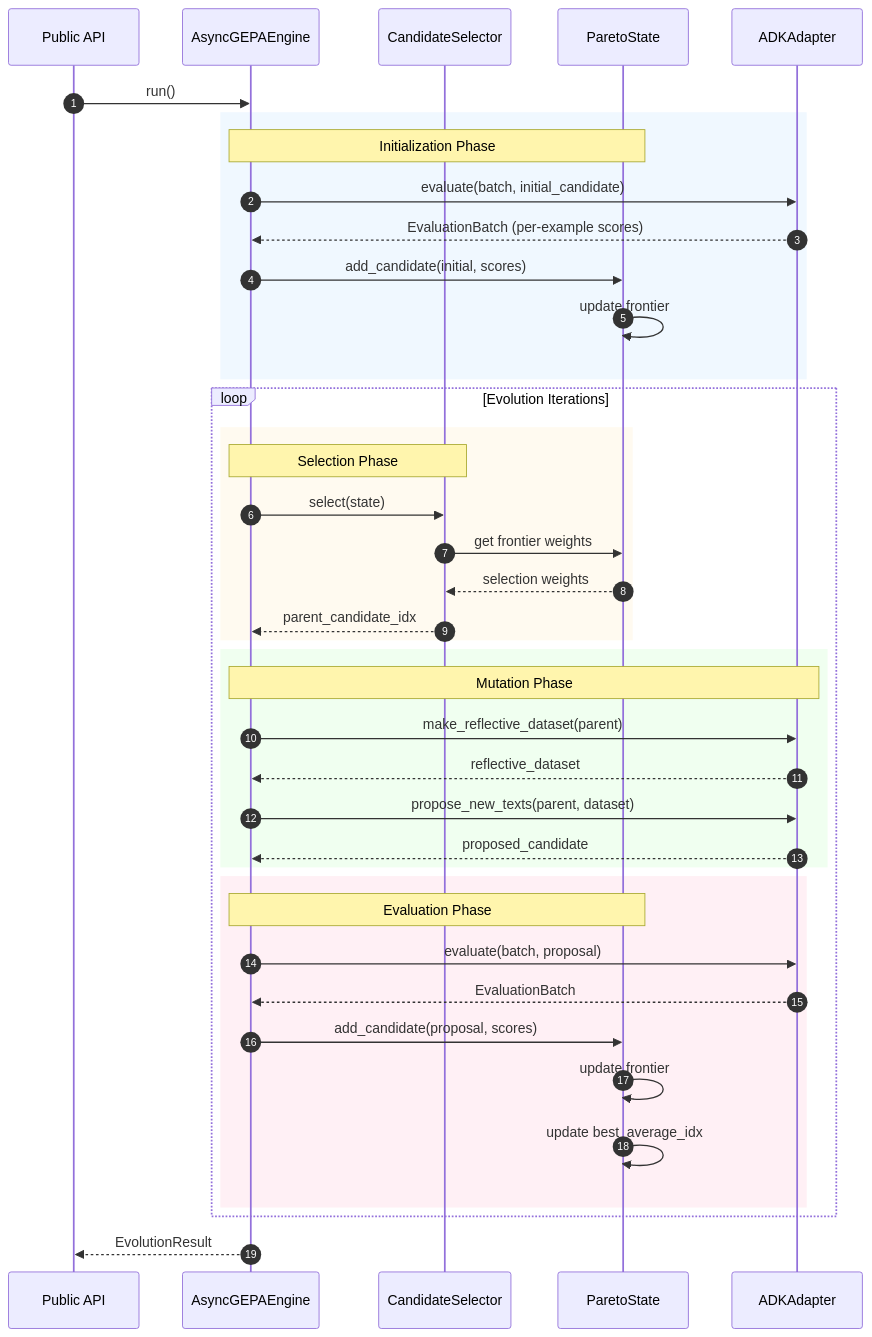
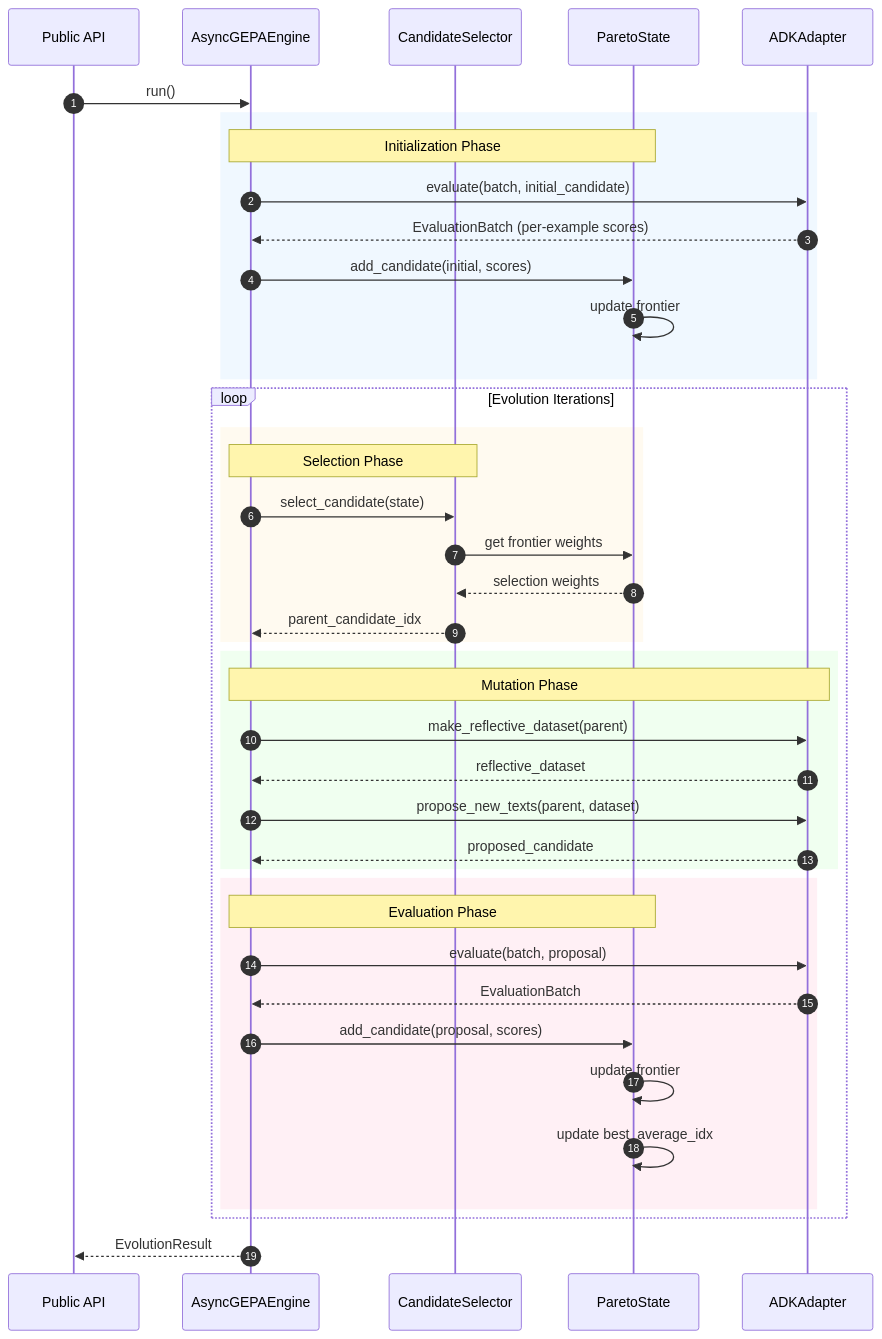
One commit to Alberto-Codes/gepa-adk changed the fifth of 13 diagrams in specs/022-pareto-frontier/architecture.md. Above: the diagram before and after it, drawn with Mermaid. The commit also changed other lines of this file, not shown here.

Commit message:
refactor(architecture): Rename select method to select_candidate in CandidateSelectorProtocol and update related references

````diff
--- a/specs/022-pareto-frontier/architecture.md
+++ b/specs/022-pareto-frontier/architecture.md
@@ -173,48 +173,48 @@
 ```mermaid
 sequenceDiagram
     autonumber
     participant API as Public API
     participant Engine as AsyncGEPAEngine
     participant Selector as CandidateSelector
     participant State as ParetoState
     participant Adapter as ADKAdapter
 
     API->>Engine: run()
 
     rect rgb(240, 248, 255)
         Note over Engine,State: Initialization Phase
         Engine->>Adapter: evaluate(batch, initial_candidate)
         Adapter-->>Engine: EvaluationBatch (per-example scores)
         Engine->>State: add_candidate(initial, scores)
         State->>State: update frontier
     end
 
     loop Evolution Iterations
         rect rgb(255, 250, 240)
             Note over Engine,Selector: Selection Phase
-            Engine->>Selector: select(state)
+            Engine->>Selector: select_candidate(state)
             Selector->>State: get frontier weights
             State-->>Selector: selection weights
             Selector-->>Engine: parent_candidate_idx
         end
 
         rect rgb(240, 255, 240)
             Note over Engine,Adapter: Mutation Phase
             Engine->>Adapter: make_reflective_dataset(parent)
             Adapter-->>Engine: reflective_dataset
             Engine->>Adapter: propose_new_texts(parent, dataset)
             Adapter-->>Engine: proposed_candidate
         end
 
         rect rgb(255, 240, 245)
             Note over Engine,State: Evaluation Phase
             Engine->>Adapter: evaluate(batch, proposal)
             Adapter-->>Engine: EvaluationBatch
             Engine->>State: add_candidate(proposal, scores)
             State->>State: update frontier
             State->>State: update best_average_idx
         end
     end
 
     Engine-->>API: EvolutionResult
 ```
````
